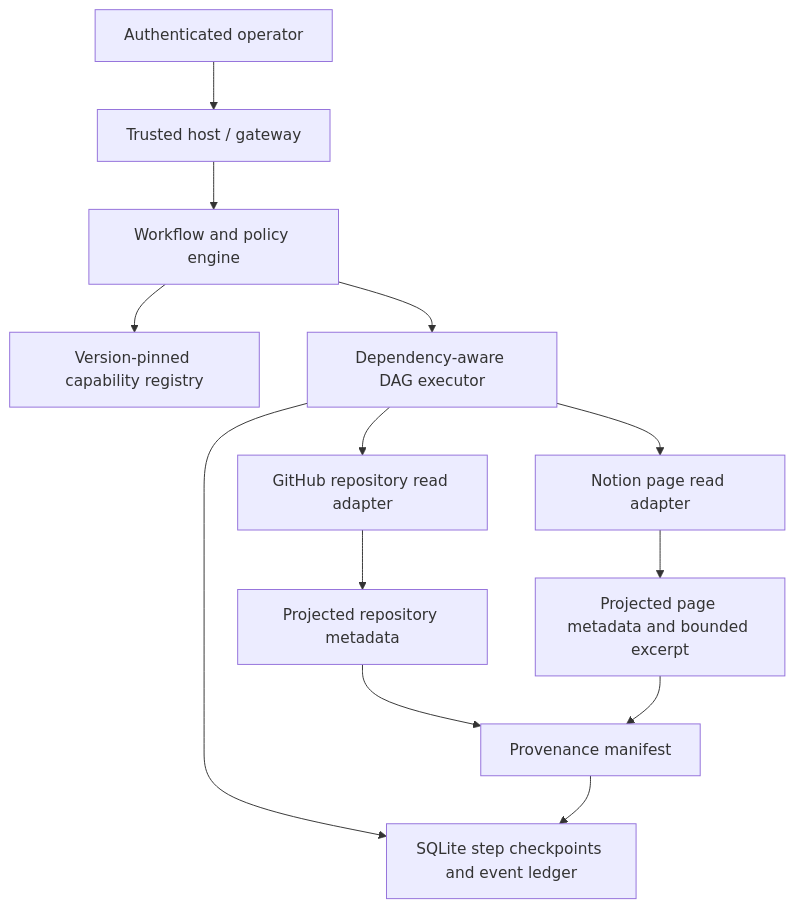
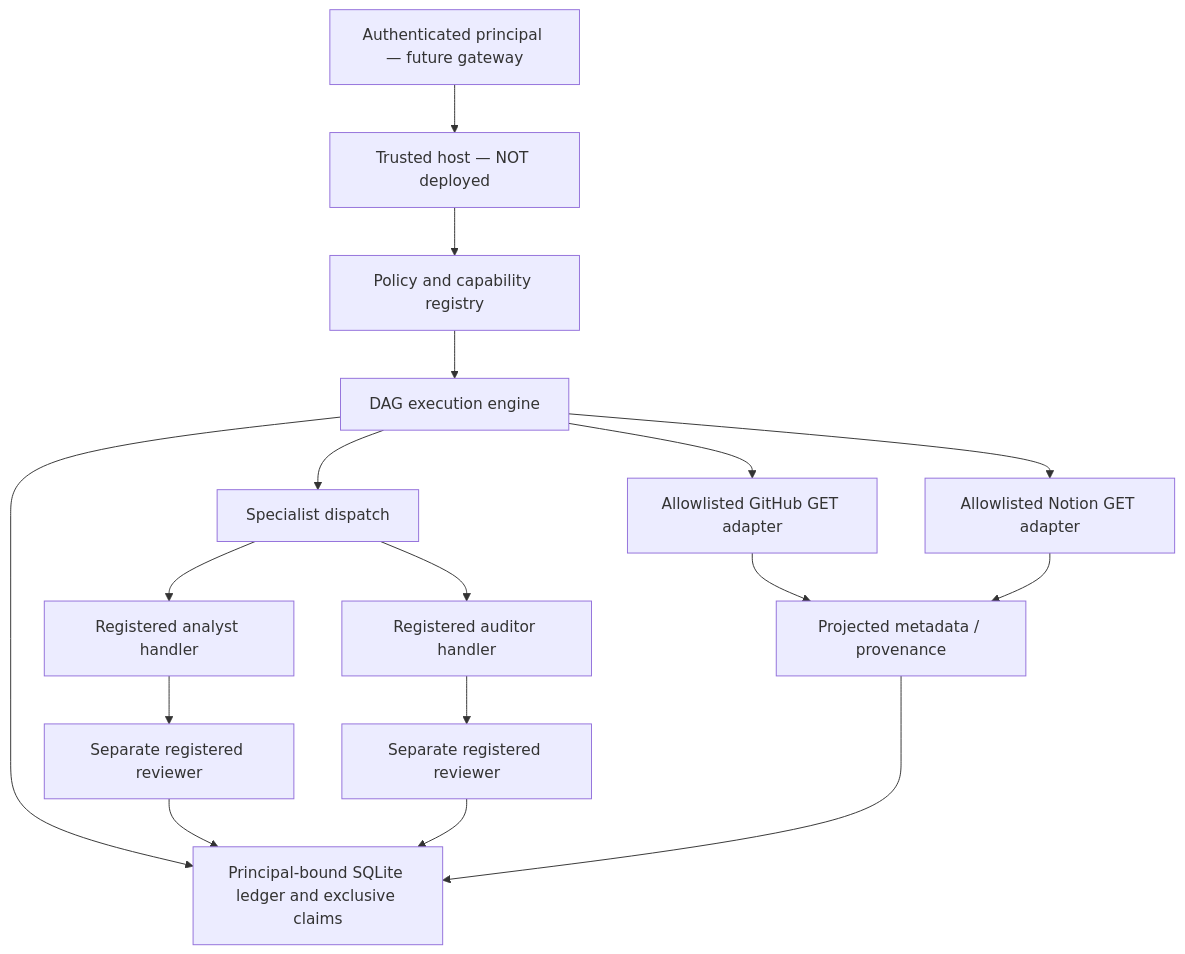
The diagram in docs/architecture.md (NeuralBlitz/UPAOI), drawn with Mermaid before and after one commit. The commit also changed other lines of this file and 18 other files, not shown here.

First line of the commit message:
feat: add principal-bound execution and reviewed specialist handoffs (v0.3.0)

````diff
--- a/docs/architecture.md
+++ b/docs/architecture.md
@@ -3,15 +3,19 @@
 ```mermaid
 flowchart TB
-    U[Authenticated operator] --> G[Trusted host / gateway]
-    G --> P[Workflow and policy engine]
-    P --> C[Version-pinned capability registry]
-    P --> D[Dependency-aware DAG executor]
-    D --> GH[GitHub repository read adapter]
-    D --> NO[Notion page read adapter]
-    GH --> R[Projected repository metadata]
-    NO --> X[Projected page metadata and bounded excerpt]
-    R --> M[Provenance manifest]
-    X --> M
-    D --> L[SQLite step checkpoints and event ledger]
-    M --> L
+    U[Authenticated principal — future gateway] --> G[Trusted host — NOT deployed]
+    G --> P[Policy and capability registry]
+    P --> E[DAG execution engine]
+    E --> C[Principal-bound SQLite ledger and exclusive claims]
+    E --> A[Specialist dispatch]
+    A --> W1[Registered analyst handler]
+    A --> W2[Registered auditor handler]
+    W1 --> R1[Separate registered reviewer]
+    W2 --> R2[Separate registered reviewer]
+    E --> GH[Allowlisted GitHub GET adapter]
+    E --> NO[Allowlisted Notion GET adapter]
+    GH --> M[Projected metadata / provenance]
+    NO --> M
+    R1 --> C
+    R2 --> C
+    M --> C
 ```
````
